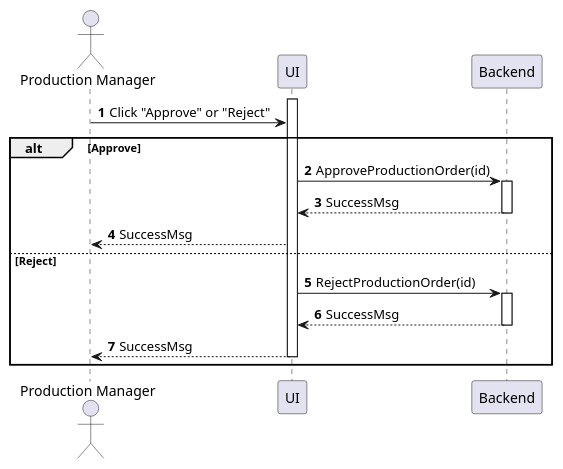
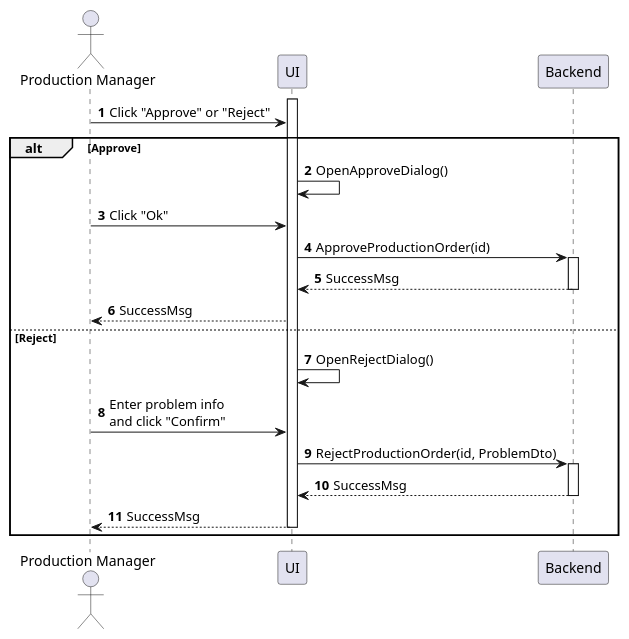
One commit to phihungha/SE357-Practice-class changed the diagram in Lab1/Lab1.2/sequences/production-order-approve.plantuml. Above: the diagram before and after it, drawn with PlantUML. The commit also changed 17 other files, not shown here.

Commit message:
Finalize sequence diagram

```diff
--- a/Lab1/Lab1.2/sequences/production-order-approve.plantuml
+++ b/Lab1/Lab1.2/sequences/production-order-approve.plantuml
@@ -1,24 +1,28 @@
 @startuml production-order-approve
 autonumber
 
 actor "Production Manager" as a
 participant UI as f
 participant Backend as b
 
 activate f
 a -> f : Click "Approve" or "Reject"
 
 alt Approve
+    f -> f : OpenApproveDialog()
+    a -> f : Click "Ok"
     f -> b : ApproveProductionOrder(id)
     activate b
     b --> f : SuccessMsg
     deactivate b
     f --> a : SuccessMsg
 else Reject
-    f -> b : RejectProductionOrder(id)
+    f -> f : OpenRejectDialog()
+    a -> f : Enter problem info\nand click "Confirm"
+    f -> b : RejectProductionOrder(id, ProblemDto)
     activate b
     return SuccessMsg
     f --> a : SuccessMsg
     deactivate f
 end
 @enduml
```
